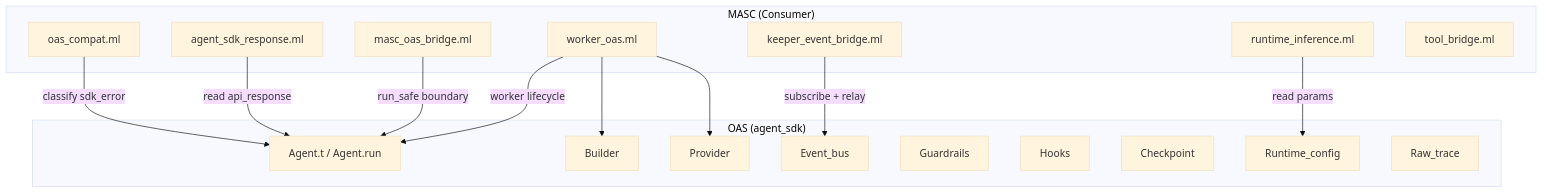
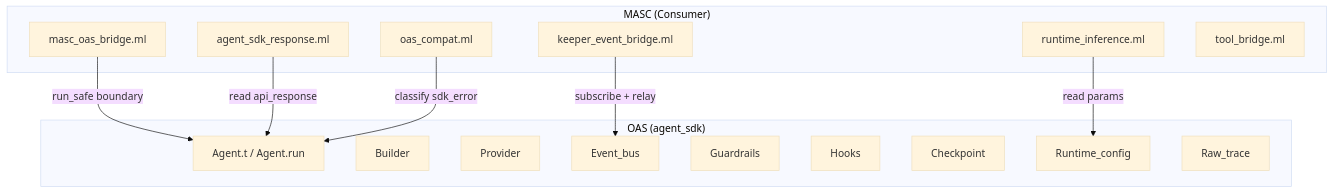
One commit to jeong-sik/masc changed the diagram in docs/spec/13-oas-integration.md. Above: the diagram before and after it, drawn with Mermaid (base theme). The commit also changed other lines of this file and 1 other file, not shown here.

First line of the commit message:
docs(spec): drop the worker_oas sections the purge invalidated

````diff
--- a/docs/spec/13-oas-integration.md
+++ b/docs/spec/13-oas-integration.md
@@ -55,31 +54,27 @@
 ```mermaid
 graph TB
   subgraph "MASC (Consumer)"
-    WO[worker_oas.ml]
     KEB[keeper_event_bridge.ml]
     ASR[agent_sdk_response.ml]
     MOB[masc_oas_bridge.ml]
     OC[oas_compat.ml]
     CI[runtime_inference.ml]
     TB[tool_bridge.ml]
   end
   subgraph "OAS (agent_sdk)"
     AG[Agent.t / Agent.run]
     BU[Builder]
     PR[Provider]
     EB[Event_bus]
     GR[Guardrails]
     HK[Hooks]
     CK[Checkpoint]
     CC2[Runtime_config]
     RT[Raw_trace]
   end
-  WO -->|"worker lifecycle"| AG
-  WO --> BU
-  WO --> PR
   MOB -->|"run_safe boundary"| AG
   KEB -->|"subscribe + relay"| EB
   ASR -->|"read api_response"| AG
   OC -->|"classify sdk_error"| AG
   CI -->|"read params"| CC2
 ```
````
